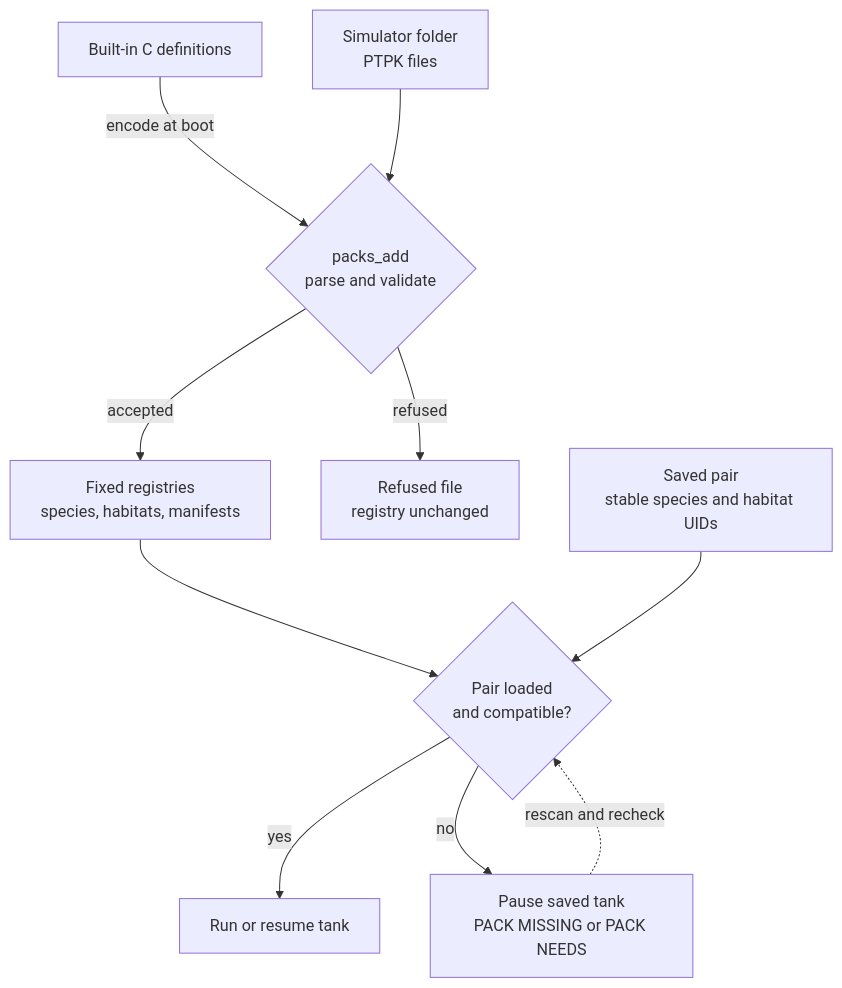
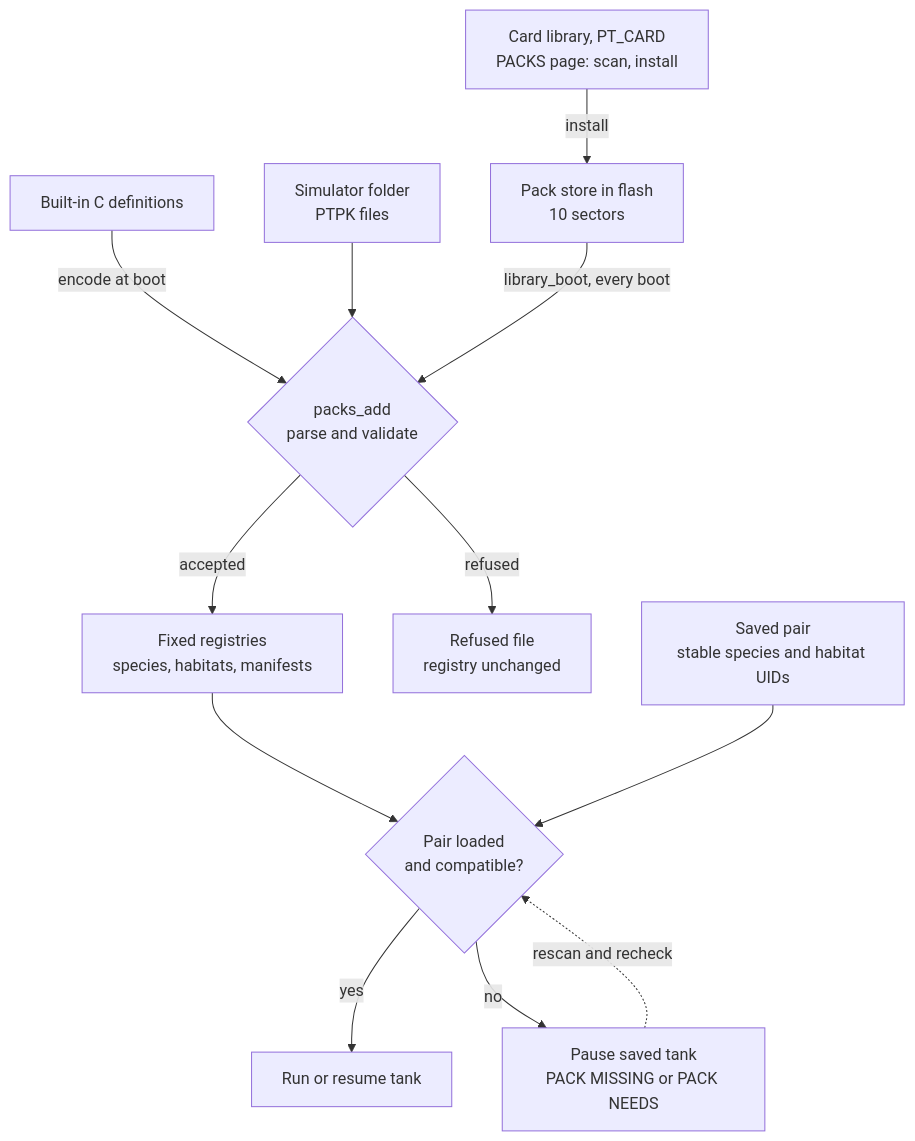
Before and after one commit to dopamine911/pocket-terrarium: the second of 2 diagrams in docs/architecture-overview.md, drawn with Mermaid. The commit also changed other lines of this file and 1 other file, not shown here.

First line of the commit message:
Docs: architecture overview and upstream divergence describe the card library (PR #16)

````diff
--- a/docs/architecture-overview.md
+++ b/docs/architecture-overview.md
@@ -126,21 +127,25 @@
 ```mermaid
 flowchart TB
     builtin["Built-in C definitions"]
     folder["Simulator folder<br/>PTPK files"]
+    card["Card library, PT_CARD<br/>PACKS page: scan, install"]
+    store["Pack store in flash<br/>10 sectors"]
     loader{"packs_add<br/>parse and validate"}
     registry["Fixed registries<br/>species, habitats, manifests"]
     refused["Refused file<br/>registry unchanged"]
     save["Saved pair<br/>stable species and habitat UIDs"]
     check{"Pair loaded<br/>and compatible?"}
     running["Run or resume tank"]
     paused["Pause saved tank<br/>PACK MISSING or PACK NEEDS"]
     builtin -->|encode at boot| loader
     folder --> loader
+    card -->|install| store
+    store -->|library_boot, every boot| loader
     loader -->|accepted| registry
     loader -->|refused| refused
     registry --> check
     save --> check
     check -->|yes| running
     check -->|no| paused
     paused -.->|rescan and recheck| check
 ```
````
